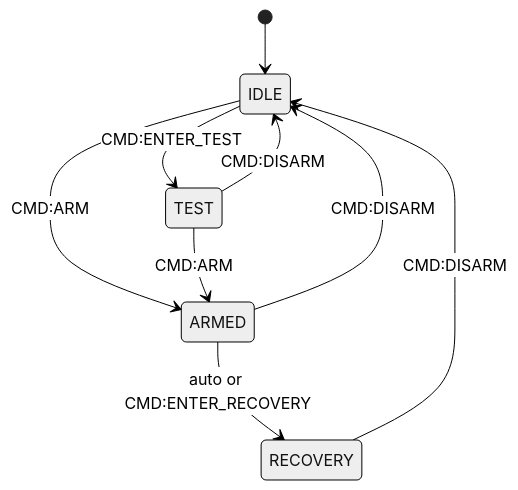
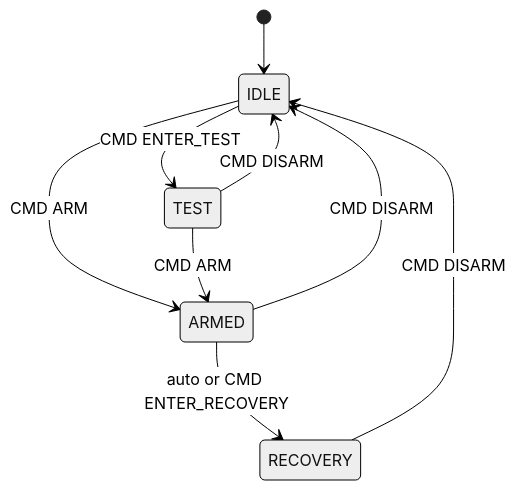
The diagram in README.md (Lmx154/brunito-sm), drawn with Mermaid (neutral theme) before and after one commit.

````diff
--- a/README.md
+++ b/README.md
@@ -92,11 +92,11 @@
 ```mermaid
 stateDiagram-v2
     [*] --> IDLE
-    IDLE --> TEST : CMD:ENTER_TEST
-    IDLE --> ARMED : CMD:ARM
-    TEST --> IDLE : CMD:DISARM
-    TEST --> ARMED : CMD:ARM
-    ARMED --> IDLE : CMD:DISARM
-    ARMED --> RECOVERY : auto or CMD:ENTER_RECOVERY
-    RECOVERY --> IDLE : CMD:DISARM
+    IDLE --> TEST : CMD ENTER_TEST
+    IDLE --> ARMED : CMD ARM
+    TEST --> IDLE : CMD DISARM
+    TEST --> ARMED : CMD ARM
+    ARMED --> IDLE : CMD DISARM
+    ARMED --> RECOVERY : auto or CMD ENTER_RECOVERY
+    RECOVERY --> IDLE : CMD DISARM
 ```
````
